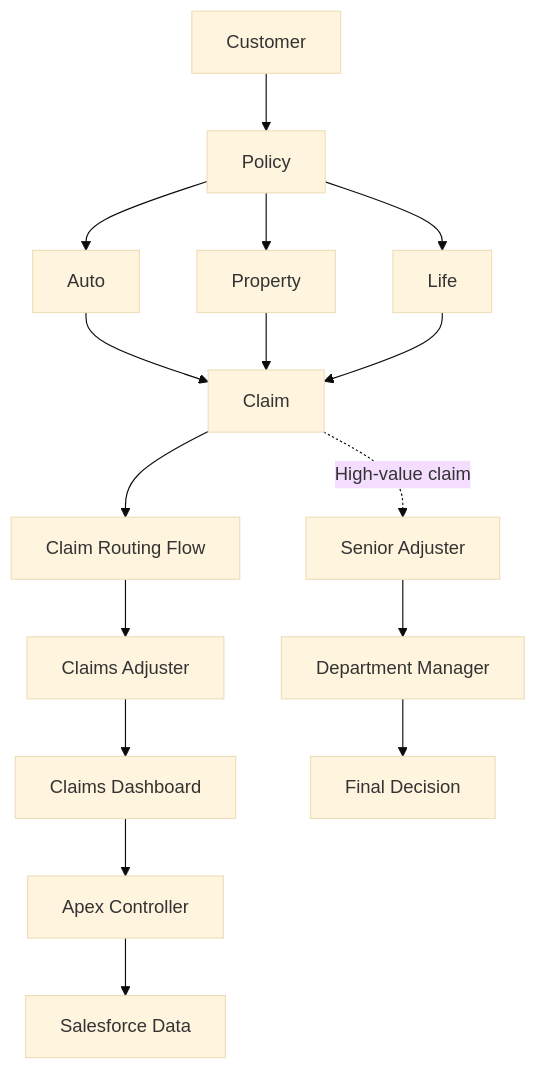
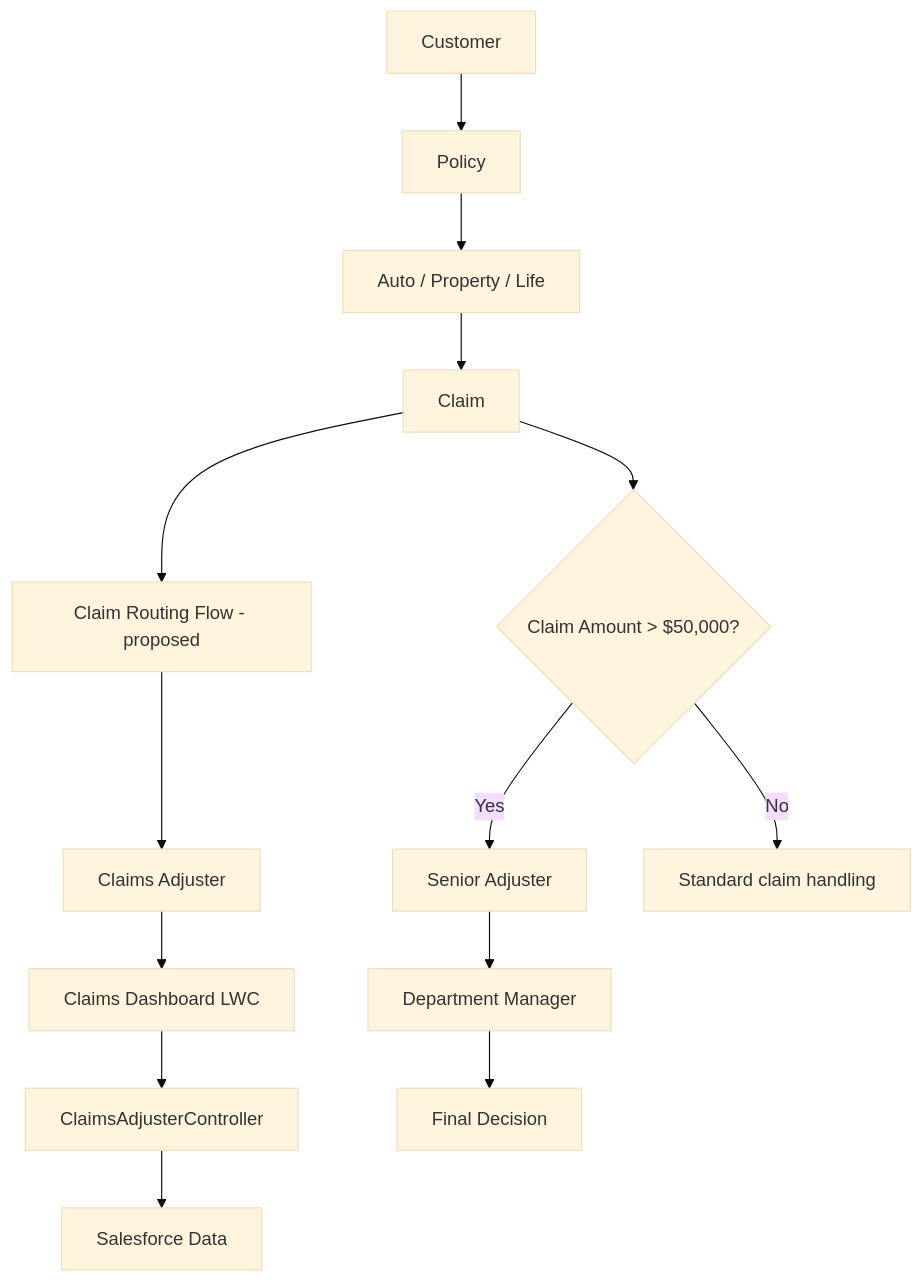
One commit to mrmaaridhanush57-design/Multiline-insurance-policy-resource changed the diagram in README.md. Above: the diagram before and after it, drawn with Mermaid (base theme). The commit also changed other lines of this file and 82 other files, not shown here.

````diff
--- a/README.md
+++ b/README.md
@@ -41,18 +47,17 @@
 ```mermaid
 flowchart TD
     Customer --> Policy
-    Policy --> Auto
-    Policy --> Property
-    Policy --> Life
-    Auto --> Claim
-    Property --> Claim
-    Life --> Claim
-    Claim --> Routing[Claim Routing Flow]
+    Policy --> Lines[Auto / Property / Life]
+    Lines --> Claim
+    Claim --> Routing[Claim Routing Flow - proposed]
     Routing --> Adjuster[Claims Adjuster]
-    Adjuster --> Dashboard[Claims Dashboard]
-    Dashboard --> Controller[Apex Controller]
+    Adjuster --> Dashboard[Claims Dashboard LWC]
+    Dashboard --> Controller[ClaimsAdjusterController]
     Controller --> Data[Salesforce Data]
-    Claim -. High-value claim .-> Senior[Senior Adjuster]
+
+    Claim --> Threshold{Claim Amount > $50,000?}
+    Threshold -->|Yes| Senior[Senior Adjuster]
     Senior --> Manager[Department Manager]
     Manager --> Decision[Final Decision]
+    Threshold -->|No| Standard[Standard claim handling]
 ```
````
